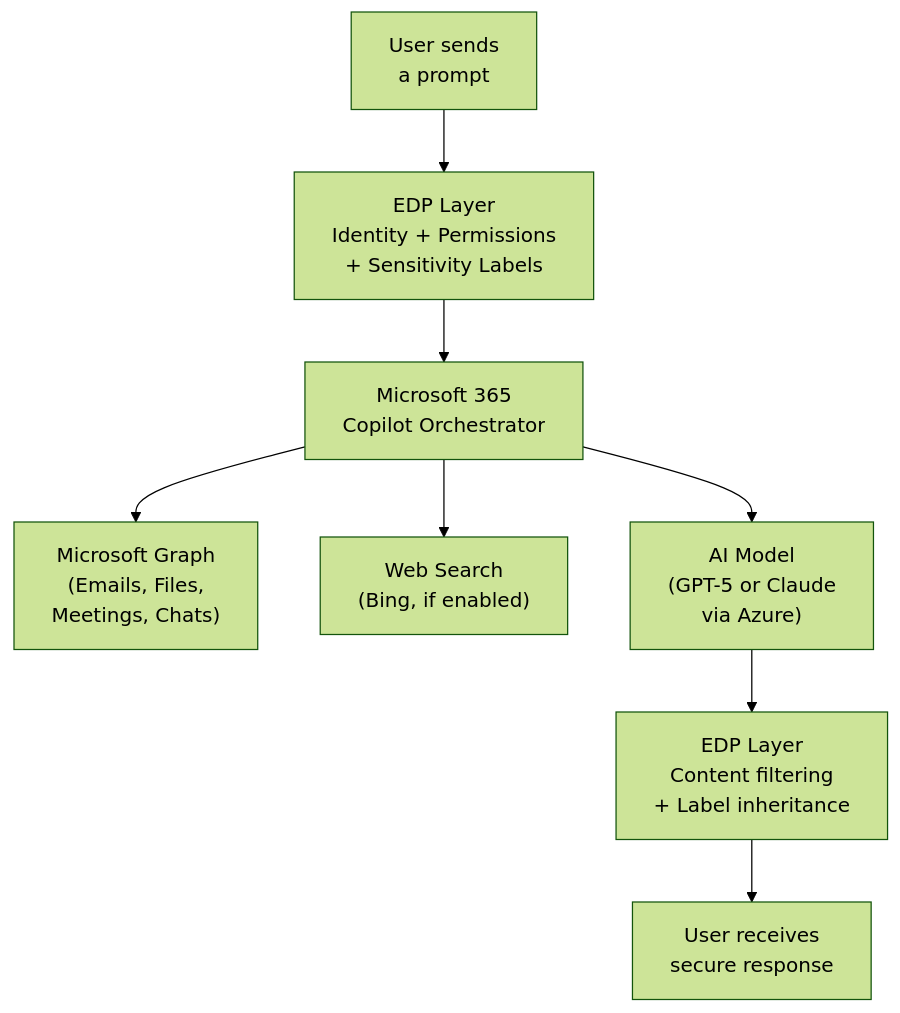
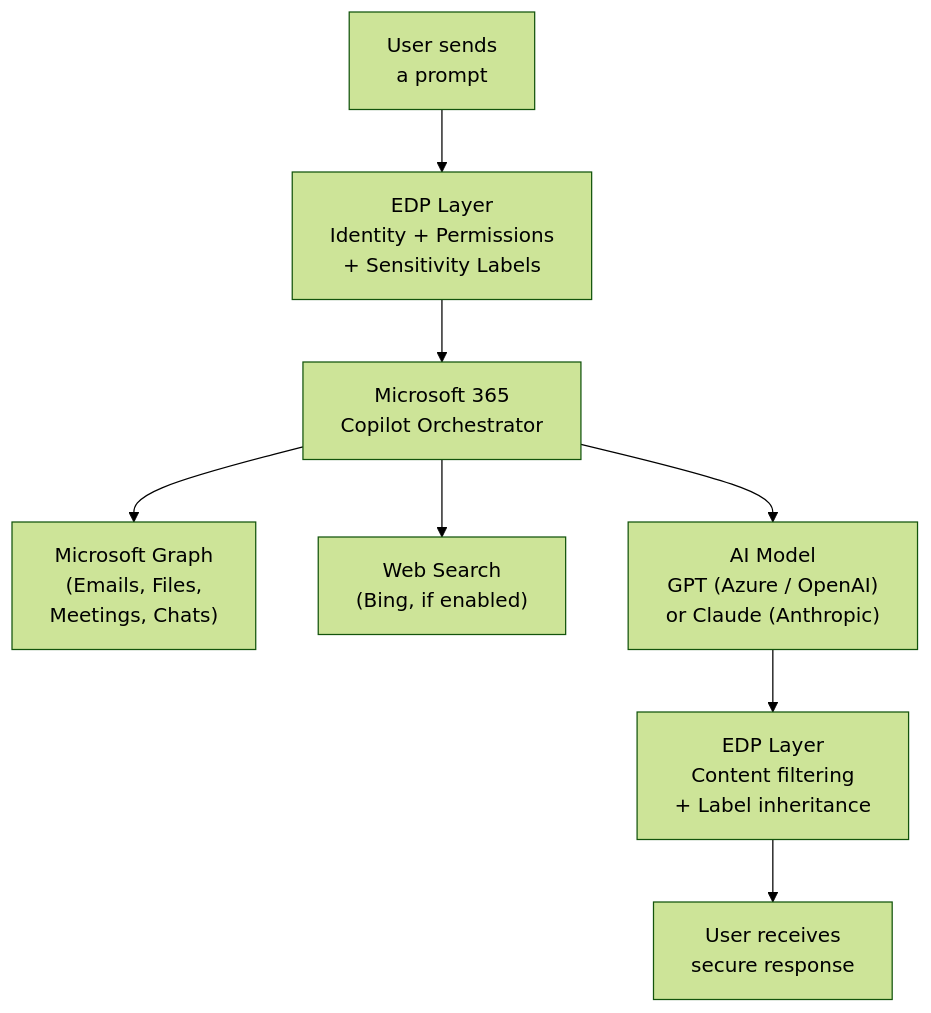
Before and after one commit to susanthgit/aguidetocloud-revamp: the second of 6 diagrams in content/blog/microsoft-365-copilot-licensed-complete-guide-for-trainers.md, drawn with Mermaid (forest theme). The commit also changed other lines of this file, not shown here.

````diff
--- a/content/blog/microsoft-365-copilot-licensed-complete-guide-for-trainers.md
+++ b/content/blog/microsoft-365-copilot-licensed-complete-guide-for-trainers.md
@@ -196,10 +196,10 @@
 ```mermaid
 flowchart TD
     A["User sends<br/>a prompt"] --> B["EDP Layer<br/>Identity + Permissions<br/>+ Sensitivity Labels"]
     B --> C["Microsoft 365<br/>Copilot Orchestrator"]
     C --> D["Microsoft Graph<br/>(Emails, Files,<br/>Meetings, Chats)"]
     C --> E["Web Search<br/>(Bing, if enabled)"]
-    C --> F["AI Model<br/>(GPT-5 or Claude<br/>via Azure)"]
+    C --> F["AI Model<br/>GPT (Azure / OpenAI)<br/>or Claude (Anthropic)"]
     F --> G["EDP Layer<br/>Content filtering<br/>+ Label inheritance"]
     G --> H["User receives<br/>secure response"]
 ```
````
